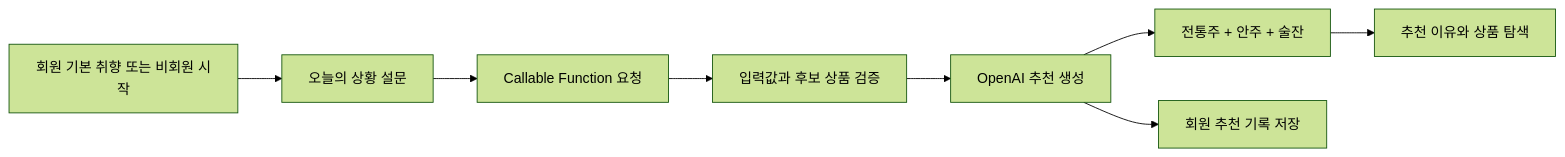
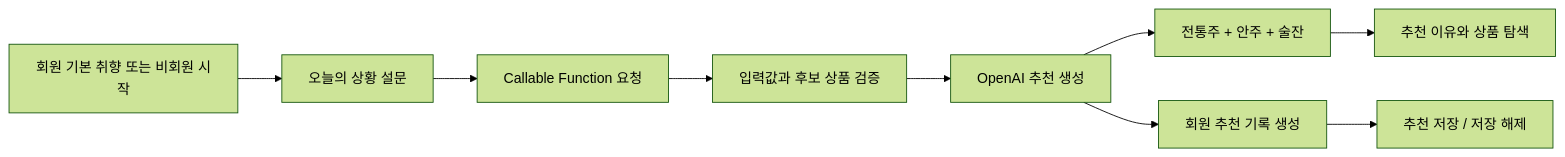
One commit to jiwoo1012/TeamProject2 changed the second of 6 diagrams in README.md. Above: the diagram before and after it, drawn with Mermaid (forest theme). The commit also changed other lines of this file and 1 other file, not shown here.

````diff
--- a/README.md
+++ b/README.md
@@ -185,10 +186,11 @@
 ```mermaid
 flowchart LR
     A[회원 기본 취향 또는 비회원 시작] --> B[오늘의 상황 설문]
     B --> C[Callable Function 요청]
     C --> D[입력값과 후보 상품 검증]
     D --> E[OpenAI 추천 생성]
     E --> F[전통주 + 안주 + 술잔]
     F --> G[추천 이유와 상품 탐색]
-    E --> H[회원 추천 기록 저장]
+    E --> H[회원 추천 기록 생성]
+    H --> I[추천 저장 / 저장 해제]
 ```
````
